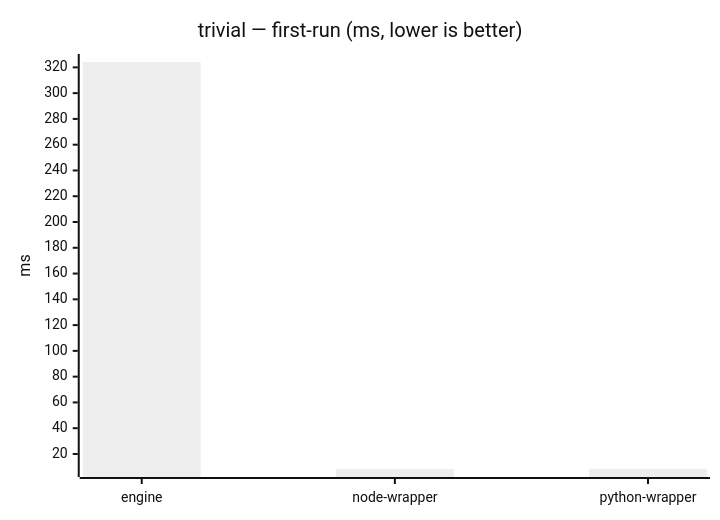
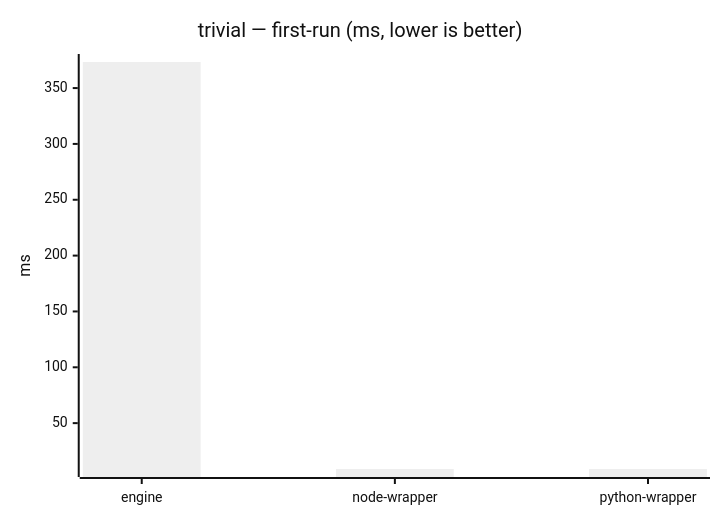
Before and after one commit to mulesoft/data-weave-cli: the second of 23 diagrams in benchmarks/report/RESULTS.md, drawn with Mermaid (neutral theme). The commit also changed other lines of this file, not shown here.

````diff
--- a/benchmarks/report/RESULTS.md
+++ b/benchmarks/report/RESULTS.md
@@ -56,7 +54,7 @@
 ```mermaid
 xychart-beta
     title "trivial — first-run (ms, lower is better)"
     x-axis ["engine", "node-wrapper", "python-wrapper"]
     y-axis "ms"
-    bar [324.171, 8.337, 8.589]
+    bar [373.343, 8.945, 8.935]
 ```
````
